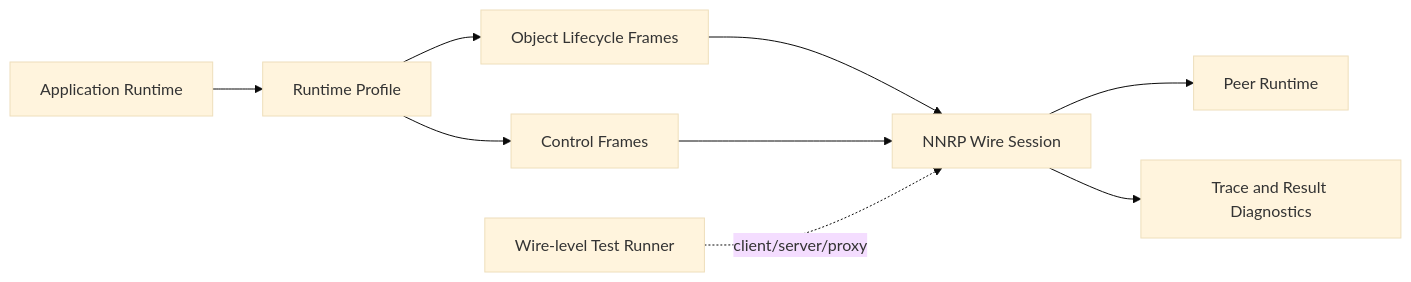
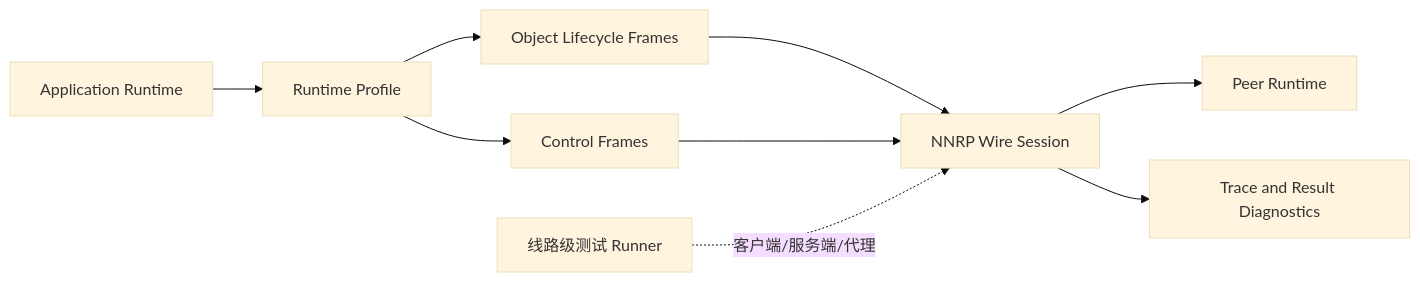
Before and after one commit to NagareWorks/nnrp-doc: the first of 2 diagrams in docs/zh/design/v1-preview4.md, drawn with Mermaid (base theme). The commit also changed other lines of this file and 18 other files, not shown here.

````diff
--- a/docs/zh/design/v1-preview4.md
+++ b/docs/zh/design/v1-preview4.md
@@ -19,11 +19,11 @@
 ```mermaid
 flowchart LR
   App[Application Runtime] --> Profile[Runtime Profile]
   Profile --> Objects[Object Lifecycle Frames]
   Profile --> Control[Control Frames]
   Objects --> Wire[NNRP Wire Session]
   Control --> Wire
   Wire --> Peer[Peer Runtime]
   Wire --> Trace[Trace and Result Diagnostics]
-  Suite[Wire-level Test Runner] -. client/server/proxy .-> Wire
+  Suite[线路级测试 Runner] -. 客户端/服务端/代理 .-> Wire
 ```
````
